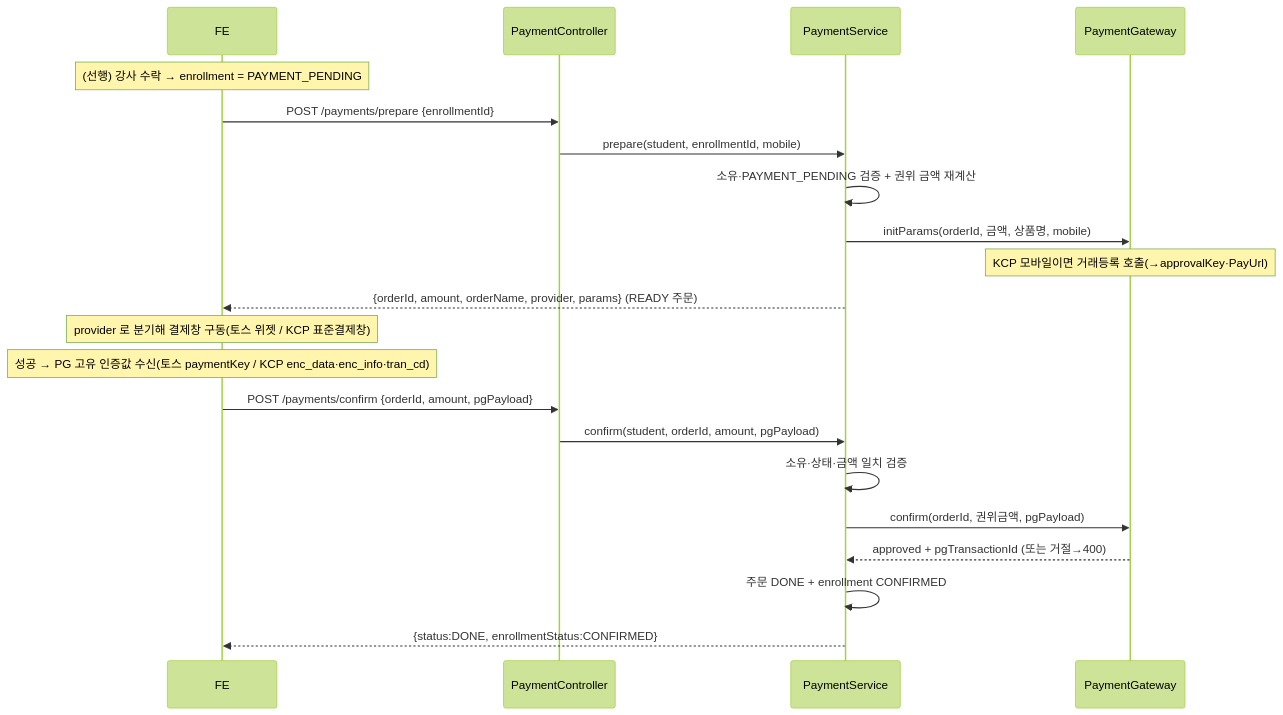
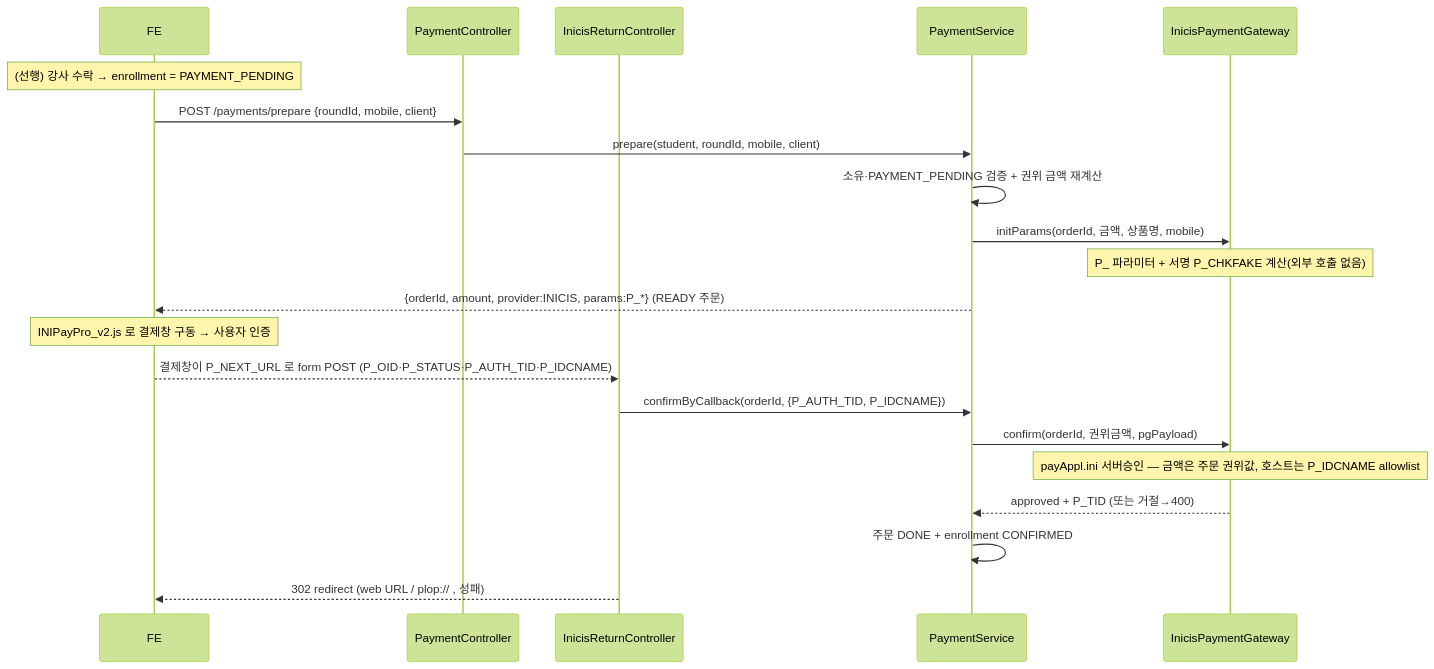
Before and after one commit to pungdong/Pungdong-Backend: the second of 3 diagrams in docs/architecture/payment.md, drawn with Mermaid (forest theme). The commit also changed other lines of this file and 4 other files, not shown here.

````diff
--- a/docs/architecture/payment.md
+++ b/docs/architecture/payment.md
@@ -41,23 +44,23 @@
 ```mermaid
 sequenceDiagram
     participant FE
     participant Ctl as PaymentController
+    participant Ret as InicisReturnController
     participant Svc as PaymentService
-    participant PG as PaymentGateway
+    participant PG as InicisPaymentGateway
     Note over FE: (선행) 강사 수락 → enrollment = PAYMENT_PENDING
-    FE->>Ctl: POST /payments/prepare {enrollmentId}
-    Ctl->>Svc: prepare(student, enrollmentId, mobile)
+    FE->>Ctl: POST /payments/prepare {roundId, mobile, client}
+    Ctl->>Svc: prepare(student, roundId, mobile, client)
     Svc->>Svc: 소유·PAYMENT_PENDING 검증 + 권위 금액 재계산
     Svc->>PG: initParams(orderId, 금액, 상품명, mobile)
-    Note over PG: KCP 모바일이면 거래등록 호출(→approvalKey·PayUrl)
-    Svc-->>FE: {orderId, amount, orderName, provider, params} (READY 주문)
-    Note over FE: provider 로 분기해 결제창 구동(토스 위젯 / KCP 표준결제창)
-    Note over FE: 성공 → PG 고유 인증값 수신(토스 paymentKey / KCP enc_data·enc_info·tran_cd)
-    FE->>Ctl: POST /payments/confirm {orderId, amount, pgPayload}
-    Ctl->>Svc: confirm(student, orderId, amount, pgPayload)
-    Svc->>Svc: 소유·상태·금액 일치 검증
+    Note over PG: P_ 파라미터 + 서명 P_CHKFAKE 계산(외부 호출 없음)
+    Svc-->>FE: {orderId, amount, provider:INICIS, params:P_*} (READY 주문)
+    Note over FE: INIPayPro_v2.js 로 결제창 구동 → 사용자 인증
+    FE-->>Ret: 결제창이 P_NEXT_URL 로 form POST (P_OID·P_STATUS·P_AUTH_TID·P_IDCNAME)
+    Ret->>Svc: confirmByCallback(orderId, {P_AUTH_TID, P_IDCNAME})
     Svc->>PG: confirm(orderId, 권위금액, pgPayload)
-    PG-->>Svc: approved + pgTransactionId (또는 거절→400)
+    Note over PG: payAppl.ini 서버승인 — 금액은 주문 권위값, 호스트는 P_IDCNAME allowlist
+    PG-->>Svc: approved + P_TID (또는 거절→400)
     Svc->>Svc: 주문 DONE + enrollment CONFIRMED
-    Svc-->>FE: {status:DONE, enrollmentStatus:CONFIRMED}
+    Ret-->>FE: 302 redirect (web URL / plop:// , 성패)
 ```
````
